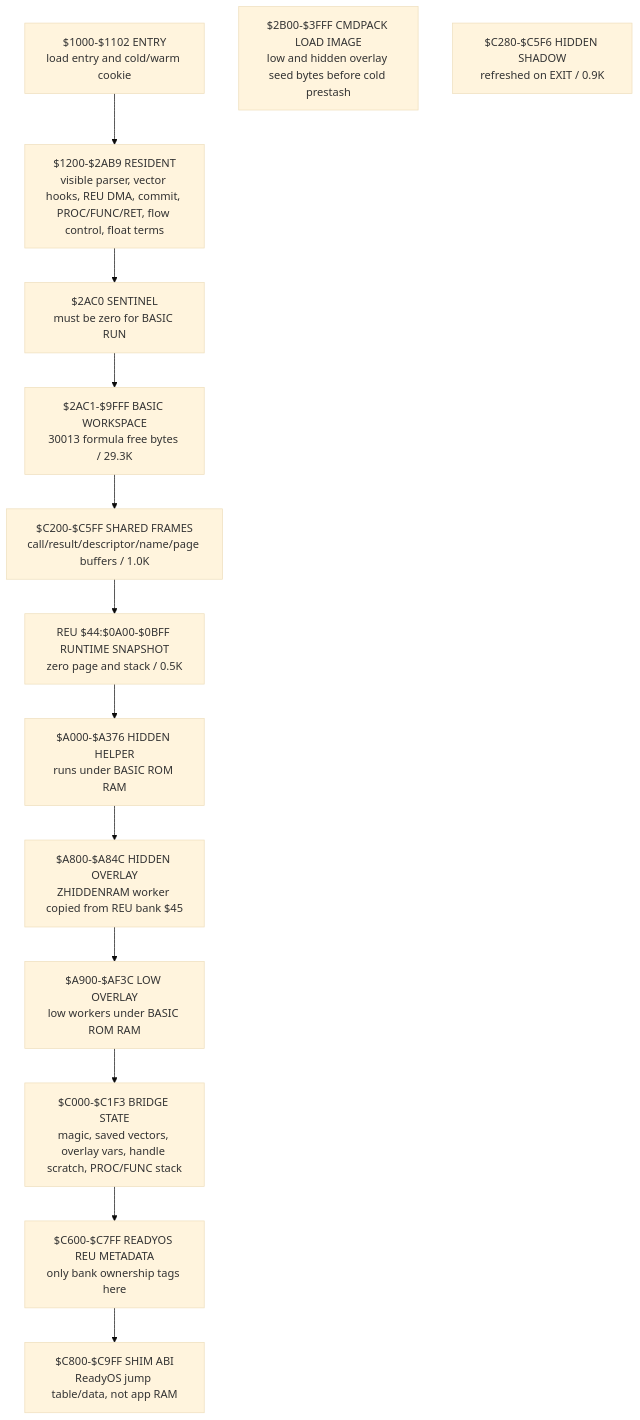
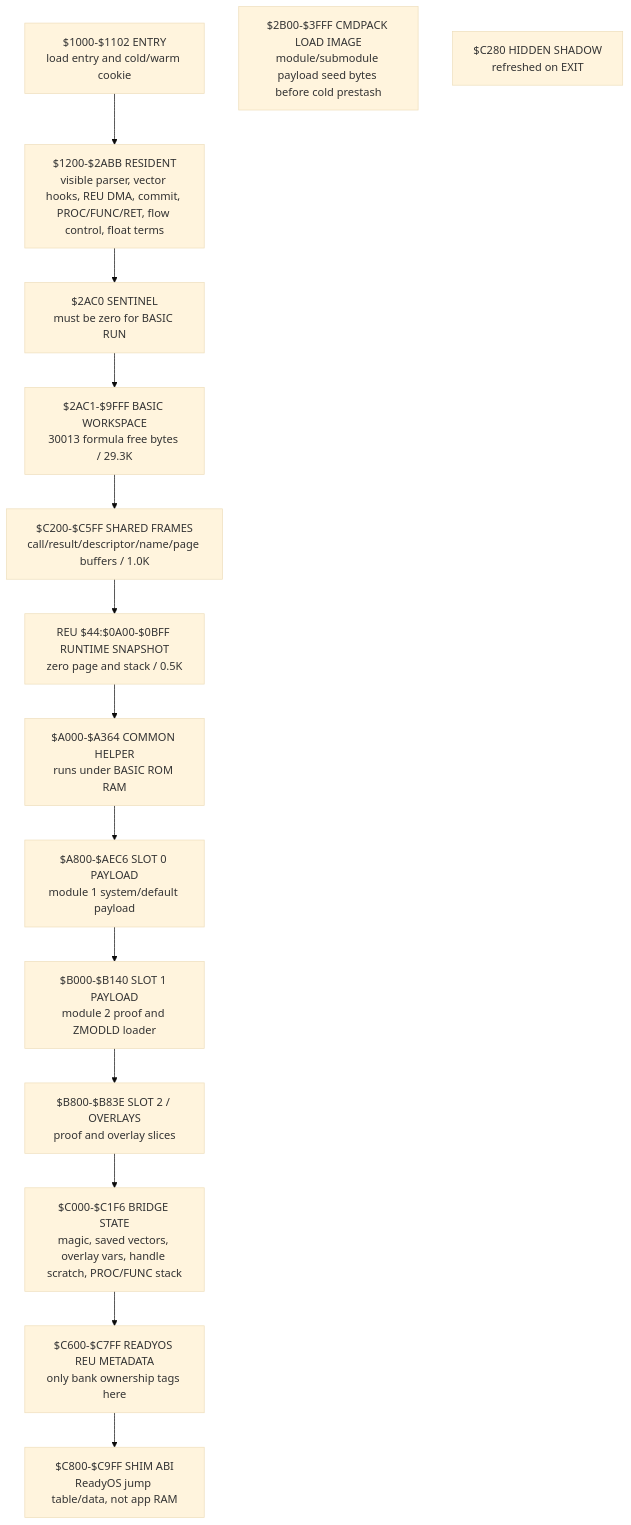
The first of 8 diagrams in src/apps/readybasic/READYBASIC_LIFECYCLE_AND_REU_ARCHITECTURE.md (123Onetwothree123/6502), drawn with Mermaid (base theme) before and after one commit. The commit also changed other lines of this file and 10 other files, not shown here.

Commit message:
docs: update ReadyBASIC memory diagrams

````diff
--- a/src/apps/readybasic/READYBASIC_LIFECYCLE_AND_REU_ARCHITECTURE.md
+++ b/src/apps/readybasic/READYBASIC_LIFECYCLE_AND_REU_ARCHITECTURE.md
@@ -135,20 +140,21 @@
 ```mermaid
 flowchart TB
   A["$1000-$1102 ENTRY<br/>load entry and cold/warm cookie"]
-  B["$1200-$2AB9 RESIDENT<br/>visible parser, vector hooks, REU DMA, commit, PROC/FUNC/RET, flow control, float terms"]
+  B["$1200-$2ABB RESIDENT<br/>visible parser, vector hooks, REU DMA, commit, PROC/FUNC/RET, flow control, float terms"]
   C["$2AC0 SENTINEL<br/>must be zero for BASIC RUN"]
   D["$2AC1-$9FFF BASIC WORKSPACE<br/>30013 formula free bytes / 29.3K"]
-  E["$2B00-$3FFF CMDPACK LOAD IMAGE<br/>low and hidden overlay seed bytes before cold prestash"]
+  E["$2B00-$3FFF CMDPACK LOAD IMAGE<br/>module/submodule payload seed bytes before cold prestash"]
   F["REU $44:$0A00-$0BFF RUNTIME SNAPSHOT<br/>zero page and stack / 0.5K"]
   G["$C200-$C5FF SHARED FRAMES<br/>call/result/descriptor/name/page buffers / 1.0K"]
-  I["$C280-$C5F6 HIDDEN SHADOW<br/>refreshed on EXIT / 0.9K"]
-  J["$A000-$A376 HIDDEN HELPER<br/>runs under BASIC ROM RAM"]
-  K["$A800-$A84C HIDDEN OVERLAY<br/>ZHIDDENRAM worker copied from REU bank $45"]
-  O["$A900-$AF3C LOW OVERLAY<br/>low workers under BASIC ROM RAM"]
-  L["$C000-$C1F3 BRIDGE STATE<br/>magic, saved vectors, overlay vars, handle scratch, PROC/FUNC stack"]
+  I["$C280 HIDDEN SHADOW<br/>refreshed on EXIT"]
+  J["$A000-$A364 COMMON HELPER<br/>runs under BASIC ROM RAM"]
+  K["$A800-$AEC6 SLOT 0 PAYLOAD<br/>module 1 system/default payload"]
+  O["$B000-$B140 SLOT 1 PAYLOAD<br/>module 2 proof and ZMODLD loader"]
+  P["$B800-$B83E SLOT 2 / OVERLAYS<br/>proof and overlay slices"]
+  L["$C000-$C1F6 BRIDGE STATE<br/>magic, saved vectors, overlay vars, handle scratch, PROC/FUNC stack"]
   M["$C600-$C7FF READYOS REU METADATA<br/>only bank ownership tags here"]
   N["$C800-$C9FF SHIM ABI<br/>ReadyOS jump table/data, not app RAM"]
 
   A --> B --> C --> D --> G
-  G --> F --> J --> K --> O --> L --> M --> N
+  G --> F --> J --> K --> O --> P --> L --> M --> N
 ```
````
